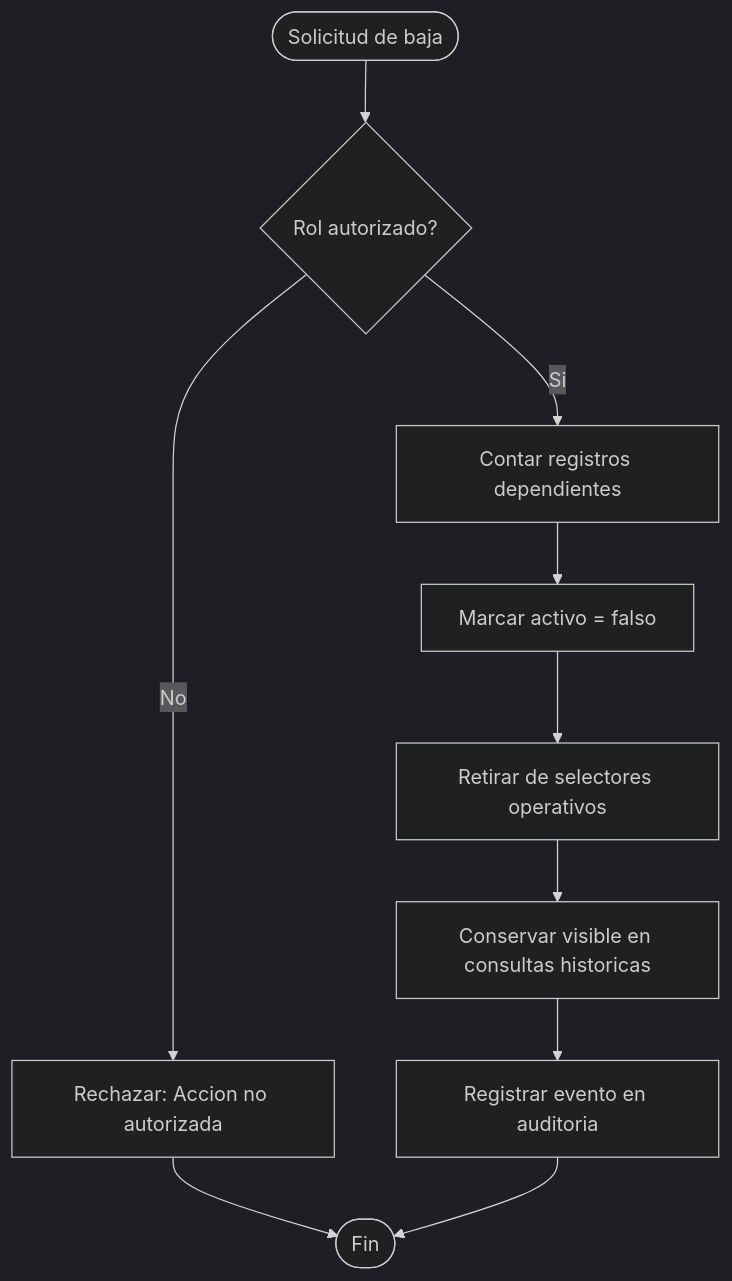
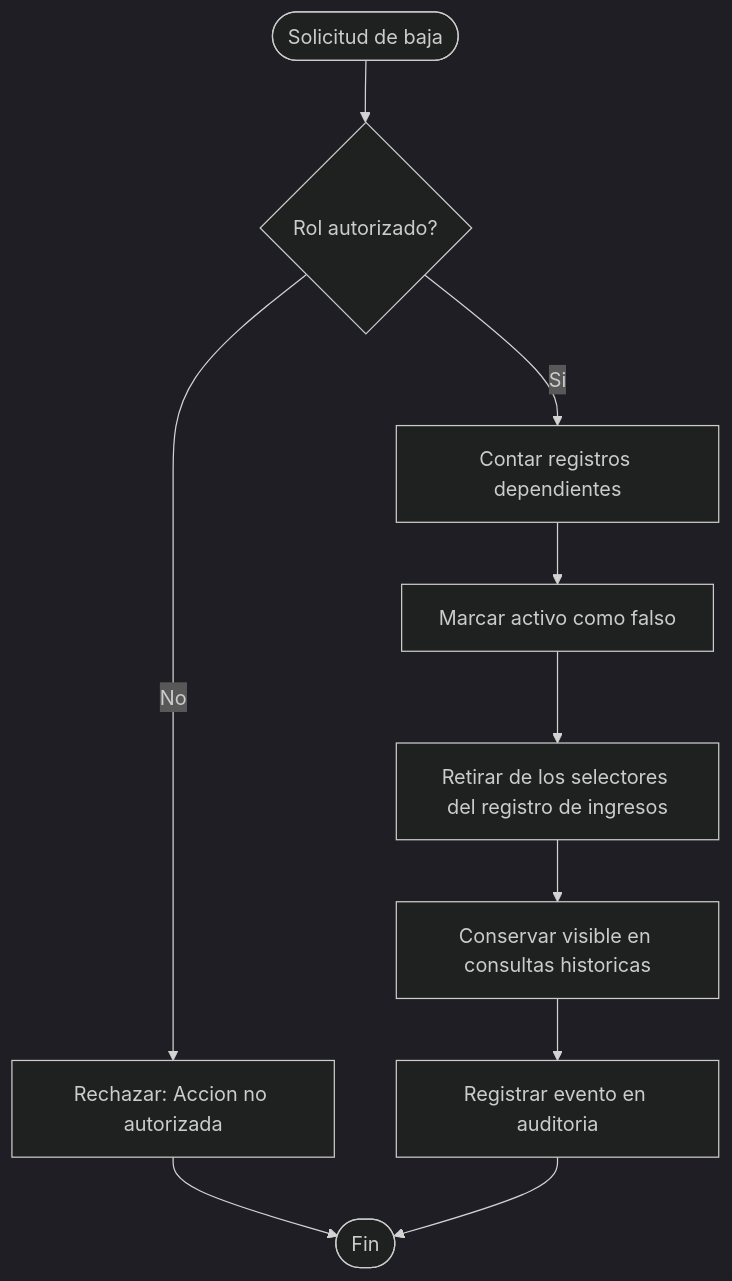
Before and after one commit to adlerOmonte1/LogisticaMinera: the second of 2 diagrams in docs/modulos/M02-catalogo/diagramas/actividades.md, drawn with Mermaid (dark theme). The commit also changed other lines of this file and 9 other files, not shown here.

````diff
--- a/docs/modulos/M02-catalogo/diagramas/actividades.md
+++ b/docs/modulos/M02-catalogo/diagramas/actividades.md
@@ -32,12 +32,12 @@
 ```mermaid
 flowchart TD
     Start([Solicitud de baja]) --> V1{Rol autorizado?}
     V1 -->|No| E1[Rechazar: Accion no autorizada]
     E1 --> Fin([Fin])
     V1 -->|Si| C1[Contar registros dependientes]
-    C1 --> D1[Marcar activo = falso]
-    D1 --> D2[Retirar de selectores operativos]
+    C1 --> D1[Marcar activo como falso]
+    D1 --> D2[Retirar de los selectores del registro de ingresos]
     D2 --> D3[Conservar visible en consultas historicas]
     D3 --> A1[Registrar evento en auditoria]
     A1 --> Fin
 ```
````
